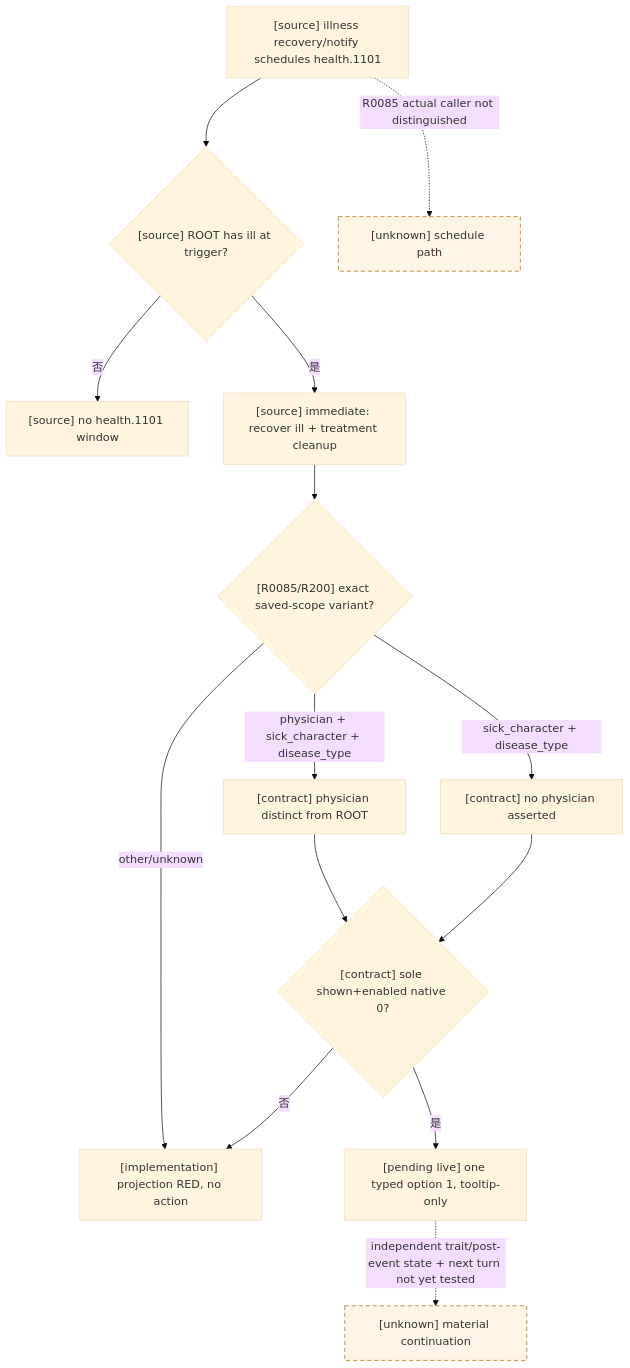
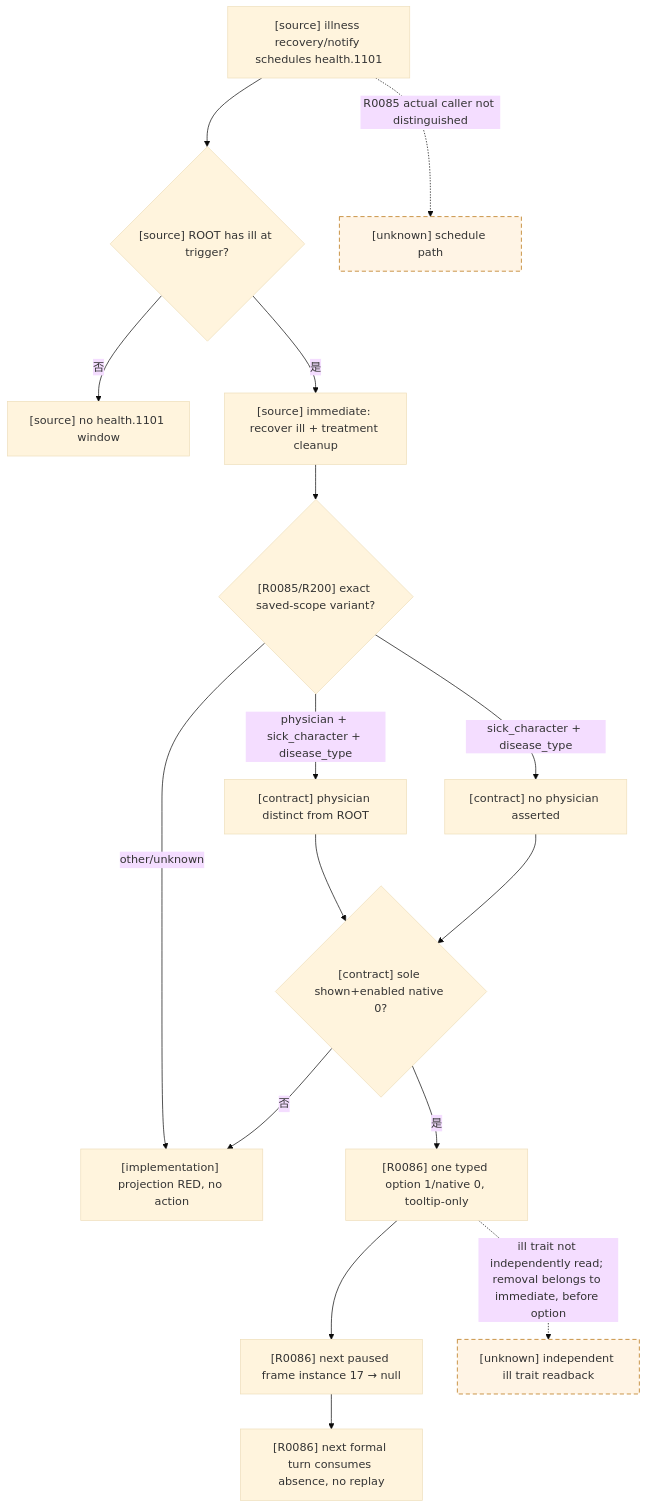
One commit to XenoAmess/ck3_eternal_recurrence changed the diagram in docs/ck3-native-ai/health-1101-ill-recovery.md. Above: the diagram before and after it, drawn with Mermaid (base theme). The commit also changed other lines of this file and 4 other files, not shown here.

````diff
--- a/docs/ck3-native-ai/health-1101-ill-recovery.md
+++ b/docs/ck3-native-ai/health-1101-ill-recovery.md
@@ -15,18 +15,20 @@
 ```mermaid
 flowchart TD
     A["[source] illness recovery/notify schedules health.1101"] --> B{"[source] ROOT has ill at trigger?"}
     B -->|否| N["[source] no health.1101 window"]
     B -->|是| C["[source] immediate: recover ill + treatment cleanup"]
     C --> D{"[R0085/R200] exact saved-scope variant?"}
     D -->|physician + sick_character + disease_type| E["[contract] physician distinct from ROOT"]
     D -->|sick_character + disease_type| F["[contract] no physician asserted"]
     D -->|other/unknown| R["[implementation] projection RED, no action"]
     E --> G{"[contract] sole shown+enabled native 0?"}
     F --> G
     G -->|否| R
-    G -->|是| H["[pending live] one typed option 1, tooltip-only"]
-    H -. "independent trait/post-event state + next turn not yet tested" .-> U["[unknown] material continuation"]
+    G -->|是| H["[R0086] one typed option 1/native 0, tooltip-only"]
+    H --> I["[R0086] next paused frame instance 17 → null"]
+    I --> J["[R0086] next formal turn consumes absence, no replay"]
+    H -. "ill trait not independently read; removal belongs to immediate, before option" .-> U["[unknown] independent ill trait readback"]
     A -. "R0085 actual caller not distinguished" .-> V["[unknown] schedule path"]
     classDef unknown stroke-dasharray: 6 4,fill:#fff4e5,stroke:#b36b00;
     class U,V unknown;
 ```
````
